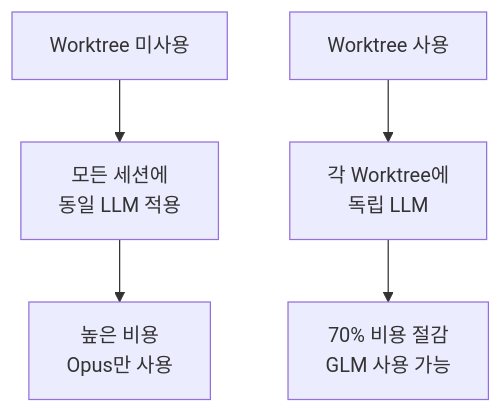
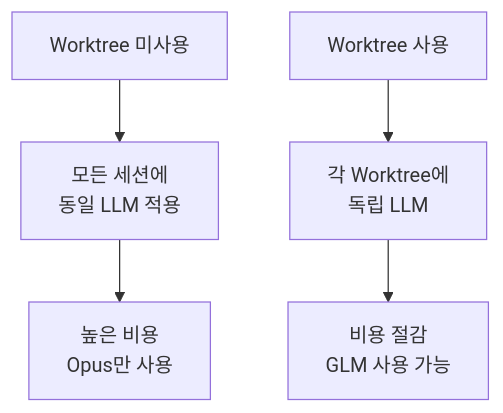
Before and after one commit to modu-ai/moai-adk: the second of 9 diagrams in docs-site/content/ko/worktree/faq.md, drawn with Mermaid. The commit also changed other lines of this file and 53 other files, not shown here.

````diff
--- a/docs-site/content/ko/worktree/faq.md
+++ b/docs-site/content/ko/worktree/faq.md
@@ -69,8 +69,8 @@
 ```mermaid
 graph TB
     A[Worktree 미사용] --> B[모든 세션에<br/>동일 LLM 적용]
     B --> C[높은 비용<br/>Opus만 사용]
 
     D[Worktree 사용] --> E[각 Worktree에<br/>독립 LLM]
-    E --> F[70% 비용 절감<br/>GLM 사용 가능]
+    E --> F[비용 절감<br/>GLM 사용 가능]
 ```
````
